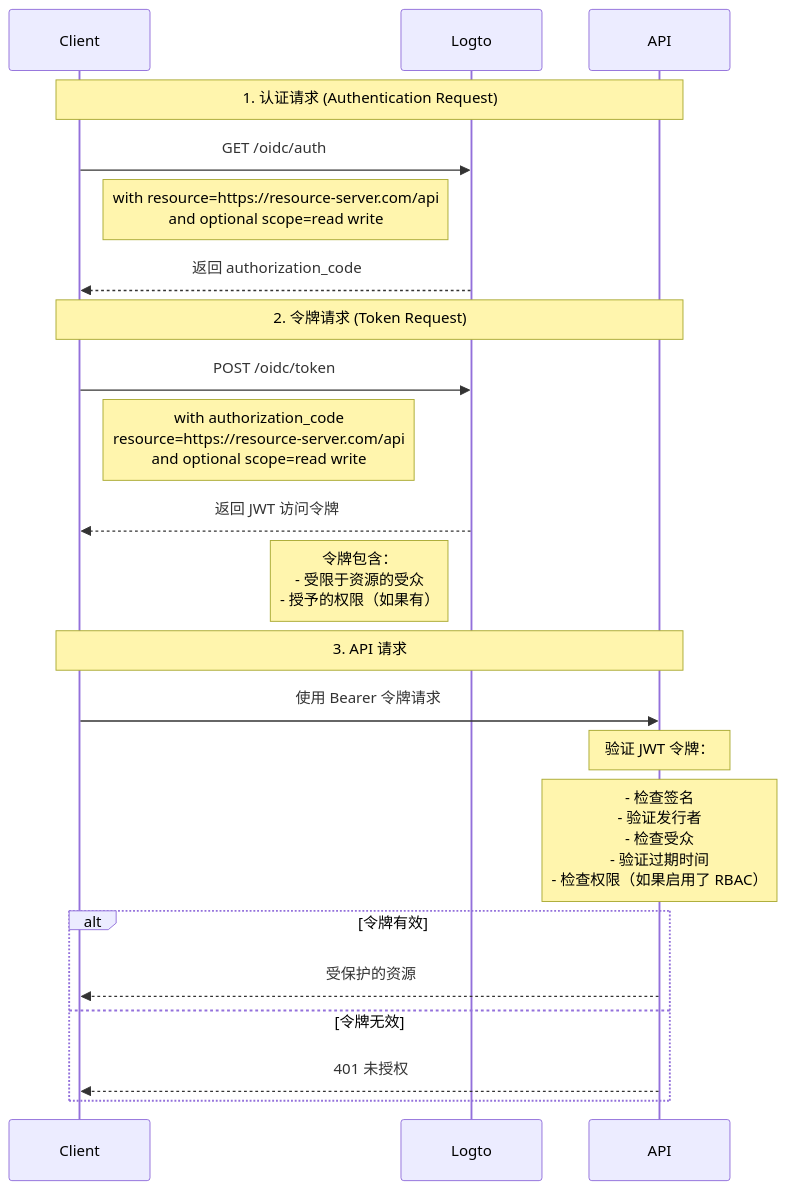
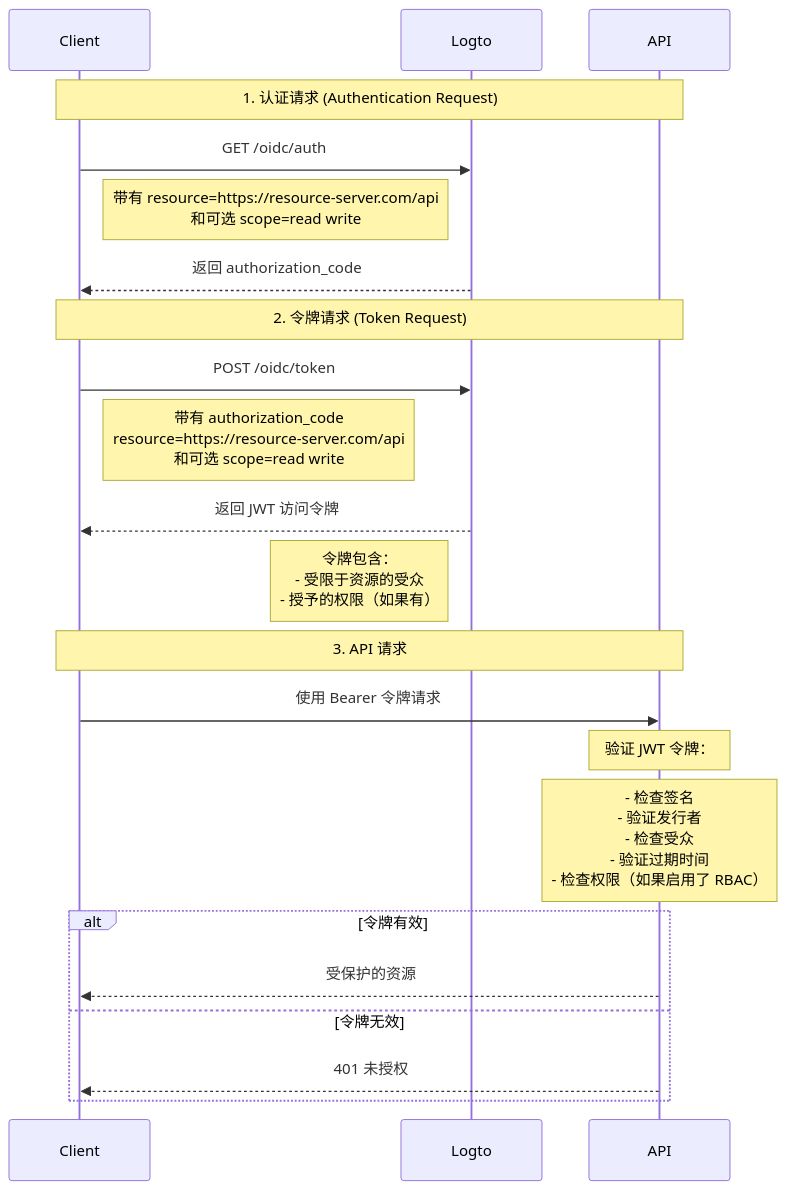
One commit to logto-io/docs changed the diagram in i18n/zh-CN/docusaurus-plugin-content-docs/current/authorization/api-resources/protect-your-api.mdx. Above: the diagram before and after it, drawn with Mermaid. The commit also changed other lines of this file and 174 other files, not shown here.

````diff
--- a/i18n/zh-CN/docusaurus-plugin-content-docs/current/authorization/api-resources/protect-your-api.mdx
+++ b/i18n/zh-CN/docusaurus-plugin-content-docs/current/authorization/api-resources/protect-your-api.mdx
@@ -9,27 +9,27 @@
 ```mermaid
 sequenceDiagram
     participant Client
     participant Logto
     participant API
 
     Note over Client,API: 1. 认证请求 (Authentication Request)
     Client->>Logto: GET /oidc/auth
-    Note right of Client: with resource=https://resource-server.com/api<br/>and optional scope=read write
+    Note right of Client: 带有 resource=https://resource-server.com/api<br/>和可选 scope=read write
     Logto-->>Client: 返回 authorization_code
 
     Note over Client,API: 2. 令牌请求 (Token Request)
     Client->>Logto: POST /oidc/token
-    Note right of Client: with authorization_code<br/>resource=https://resource-server.com/api<br/>and optional scope=read write
+    Note right of Client: 带有 authorization_code<br/>resource=https://resource-server.com/api<br/>和可选 scope=read write
     Logto-->>Client: 返回 JWT 访问令牌
     Note left of Logto: 令牌包含：<br/>- 受限于资源的受众<br/>- 授予的权限（如果有）
 
     Note over Client,API: 3. API 请求
     Client->>API: 使用 Bearer 令牌请求
     Note over API: 验证 JWT 令牌：
     Note over API: - 检查签名<br/>- 验证发行者<br/>- 检查受众<br/>- 验证过期时间<br/>- 检查权限（如果启用了 RBAC）
     alt 令牌有效
         API-->>Client: 受保护的资源
     else 令牌无效
         API-->>Client: 401 未授权
     end
 ```
````
